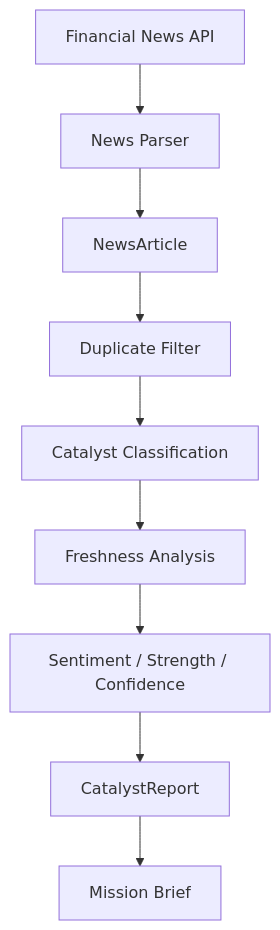
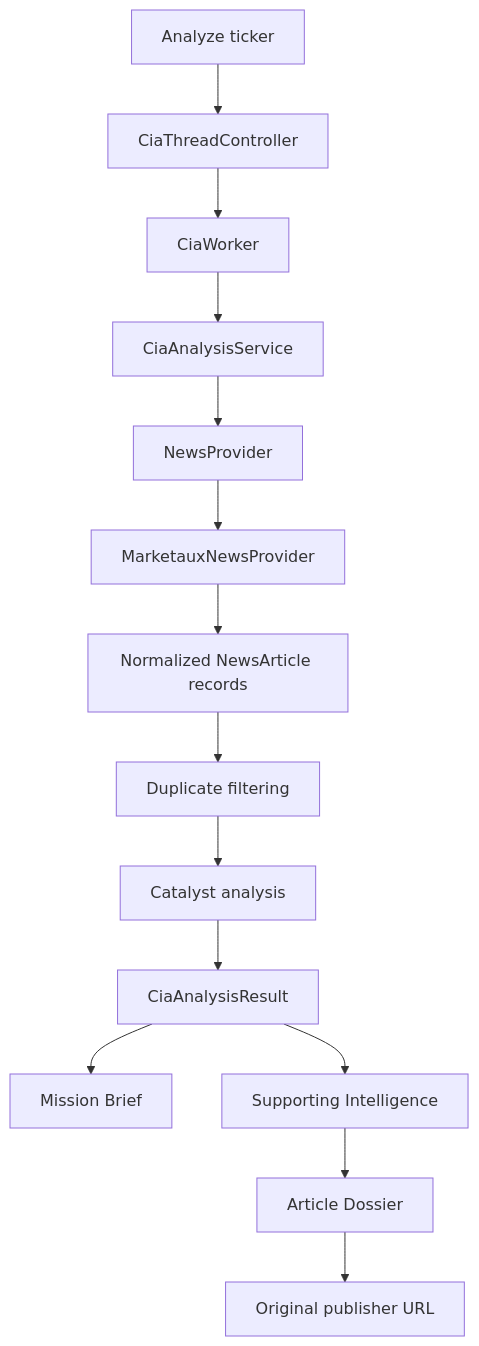
One commit to MarioMigliacio/STONKS changed the diagram in docs/cia.md. Above: the diagram before and after it, drawn with Mermaid. The commit also changed other lines of this file and 15 other files, not shown here.

````diff
--- a/docs/cia.md
+++ b/docs/cia.md
@@ -30,11 +18,16 @@
 ```mermaid
 flowchart TD
-    A[Financial News API] --> B[News Parser]
-    B --> C[NewsArticle]
-    C --> D[Duplicate Filter]
-    D --> E[Catalyst Classification]
-    E --> F[Freshness Analysis]
-    F --> G[Sentiment / Strength / Confidence]
-    G --> H[CatalystReport]
-    H --> I[Mission Brief]
+    A[Analyze ticker] --> B[CiaThreadController]
+    B --> C[CiaWorker]
+    C --> D[CiaAnalysisService]
+    D --> E[NewsProvider]
+    E --> F[MarketauxNewsProvider]
+    F --> G[Normalized NewsArticle records]
+    G --> H[Duplicate filtering]
+    H --> I[Catalyst analysis]
+    I --> J[CiaAnalysisResult]
+    J --> K[Mission Brief]
+    J --> L[Supporting Intelligence]
+    L --> M[Article Dossier]
+    M --> N[Original publisher URL]
 ```
````
